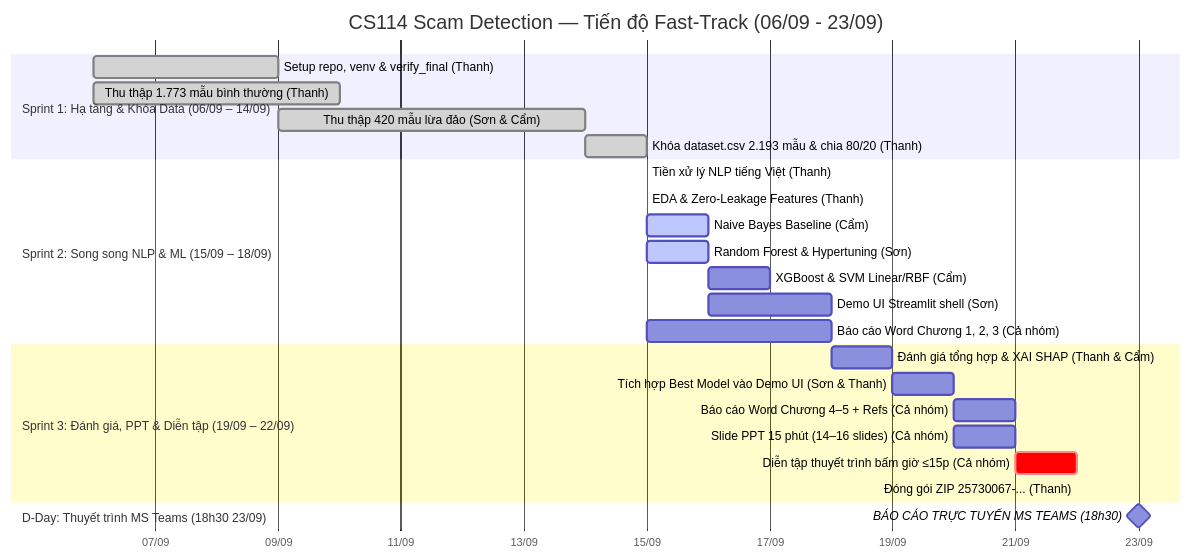
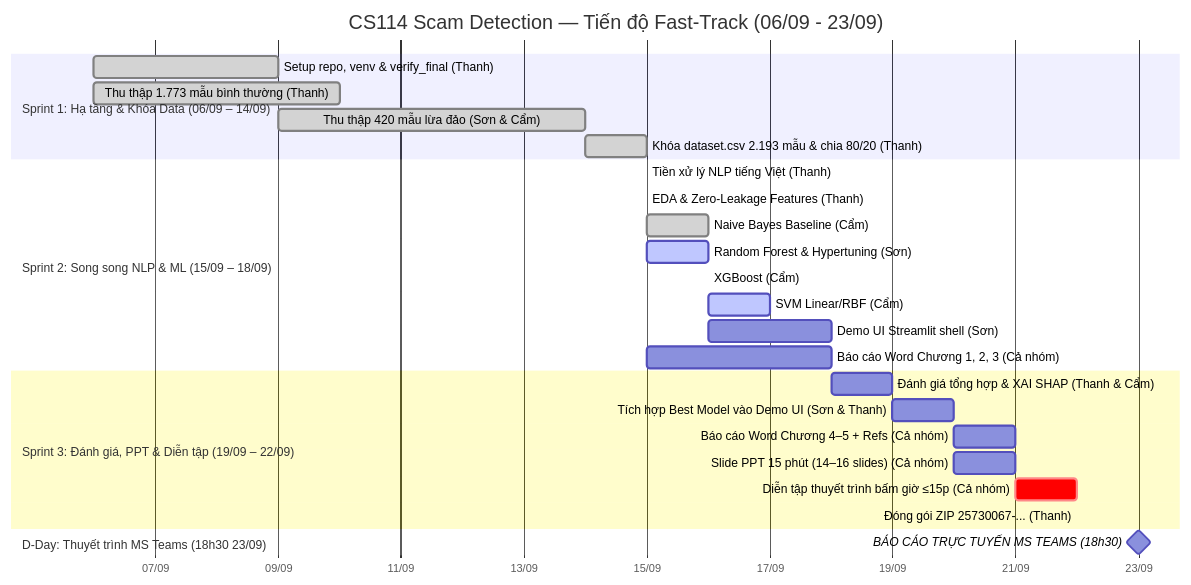
Before and after one commit to uit-25730067-chithanh/CS114-Team10-Elderly-Scam-Detection: the diagram in draft/scam-detection/docs/project-roadmap.md, drawn with Mermaid. The commit also changed other lines of this file and 5 other files, not shown here.

````diff
--- a/draft/scam-detection/docs/project-roadmap.md
+++ b/draft/scam-detection/docs/project-roadmap.md
@@ -14,33 +14,34 @@
 ```mermaid
 gantt
     title CS114 Scam Detection — Tiến độ Fast-Track (06/09 - 23/09)
     dateFormat  YYYY-MM-DD
     axisFormat  %d/%m
     tickInterval 2d
 
     section Sprint 1: Hạ tầng & Khóa Data (06/09 – 14/09)
     Setup repo, venv & verify_final (Thanh)        :done, s1_1, 2026-09-06, 2026-09-09
     Thu thập 1.773 mẫu bình thường (Thanh)         :done, s1_2, 2026-09-06, 2026-09-10
     Thu thập 420 mẫu lừa đảo (Sơn & Cẩm)           :done, s1_3, 2026-09-09, 2026-09-14
     Khóa dataset.csv 2.193 mẫu & chia 80/20 (Thanh):done, s1_4, 2026-09-14, 2026-09-15
 
     section Sprint 2: Song song NLP & ML (15/09 – 18/09)
     Tiền xử lý NLP tiếng Việt (Thanh)              :done, s2_1, 2026-09-15, 2026-09-15
     EDA & Zero-Leakage Features (Thanh)            :done, s2_2, 2026-09-15, 2026-09-15
-    Naive Bayes Baseline (Cẩm)                     :active, s2_3, 2026-09-15, 2026-09-16
+    Naive Bayes Baseline (Cẩm)                     :done, s2_3, 2026-09-15, 2026-09-16
     Random Forest & Hypertuning (Sơn)              :active, s2_4, 2026-09-15, 2026-09-16
-    XGBoost & SVM Linear/RBF (Cẩm)                 :s2_5, 2026-09-16, 2026-09-17
+    XGBoost (Cẩm)                                  :done, s2_5_1, 2026-09-16, 2026-09-16
+    SVM Linear/RBF (Cẩm)                           :active, s2_5_2, 2026-09-16, 2026-09-17
     Demo UI Streamlit shell (Sơn)                  :s2_6, 2026-09-16, 2026-09-18
     Báo cáo Word Chương 1, 2, 3 (Cả nhóm)          :s2_7, 2026-09-15, 2026-09-18
 
     section Sprint 3: Đánh giá, PPT & Diễn tập (19/09 – 22/09)
     Đánh giá tổng hợp & XAI SHAP (Thanh & Cẩm)     :s3_1, 2026-09-18, 2026-09-19
     Tích hợp Best Model vào Demo UI (Sơn & Thanh)  :s3_2, 2026-09-19, 2026-09-20
     Báo cáo Word Chương 4–5 + Refs (Cả nhóm)       :s3_3, 2026-09-20, 2026-09-21
     Slide PPT 15 phút (14–16 slides) (Cả nhóm)     :s3_4, 2026-09-20, 2026-09-21
     Diễn tập thuyết trình bấm giờ ≤15p (Cả nhóm)   :crit, s3_5, 2026-09-21, 2026-09-22
     Đóng gói ZIP 25730067-... (Thanh)              :s3_6, 2026-09-22, 2026-09-22
 
     section D-Day: Thuyết trình MS Teams (18h30 23/09)
     BÁO CÁO TRỰC TUYẾN MS TEAMS (18h30)            :milestone, s3_7, 2026-09-23, 0d
 ```
````
